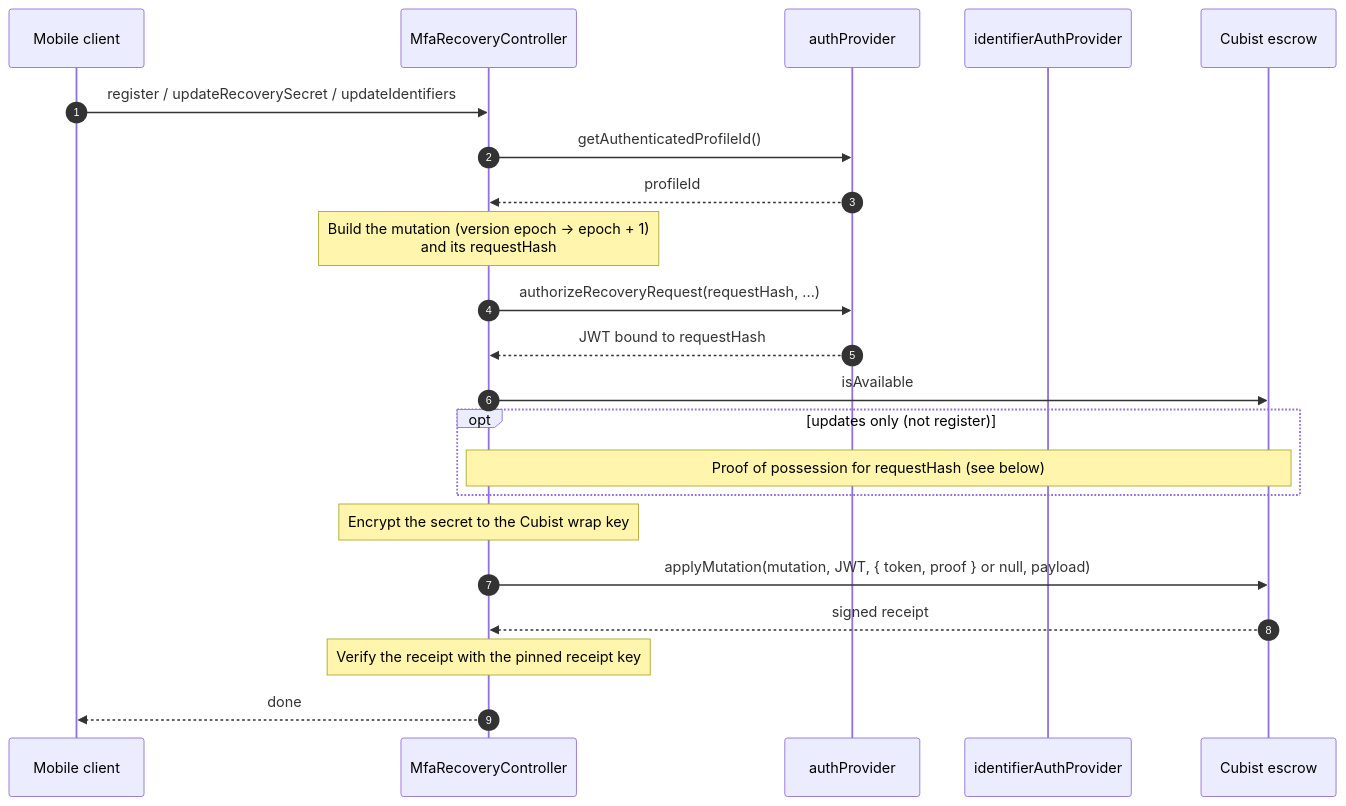
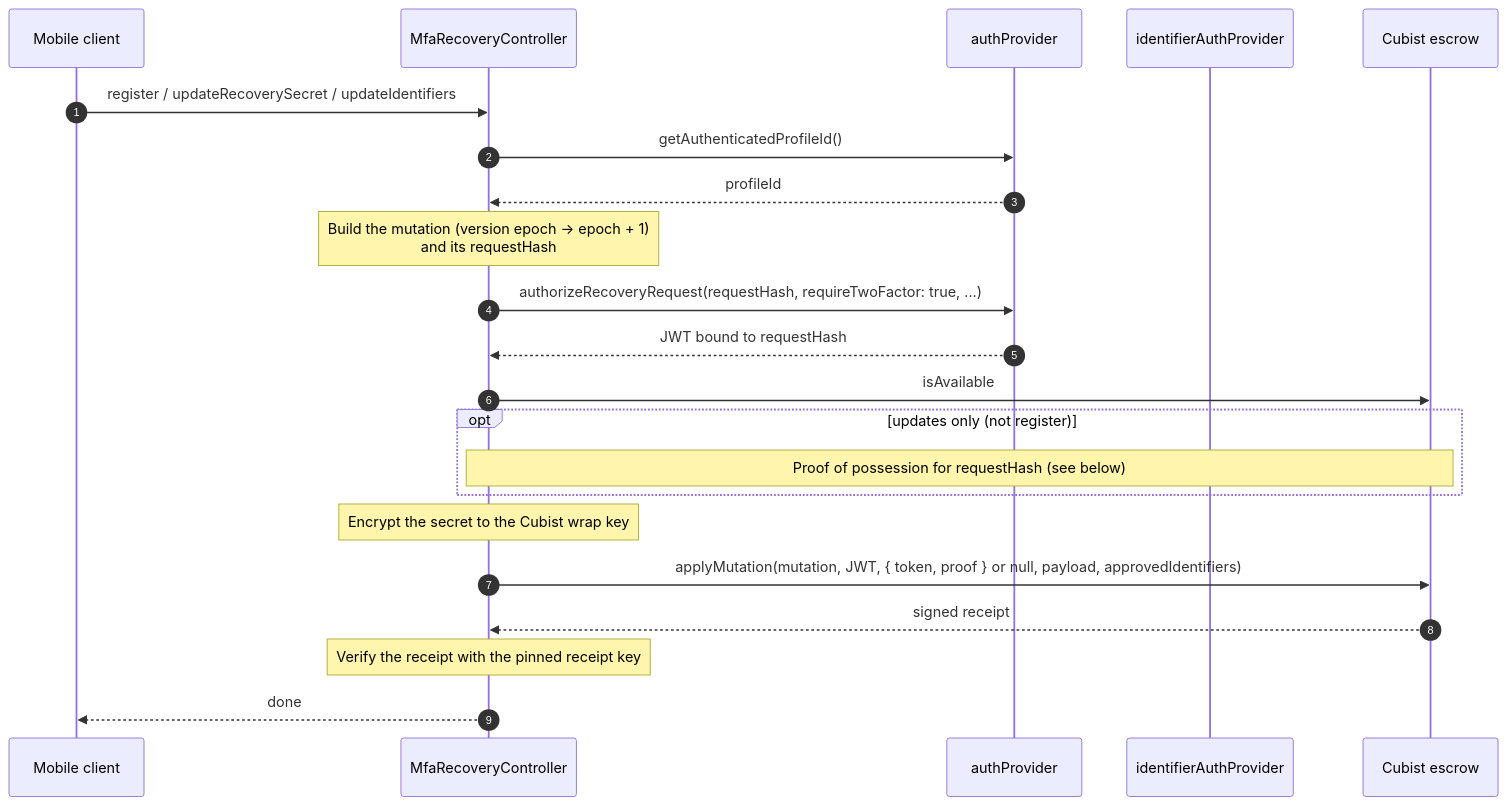
Before and after one commit to MetaMask/core: the second of 3 diagrams in packages/mfa-recovery-controller/CUBIST_TEST_SEQUENCE.md, drawn with Mermaid. The commit also changed other lines of this file and 24 other files, not shown here.

First line of the commit message:
feat: align MFA recovery with Auth API approvals (#10883)

````diff
--- a/packages/mfa-recovery-controller/CUBIST_TEST_SEQUENCE.md
+++ b/packages/mfa-recovery-controller/CUBIST_TEST_SEQUENCE.md
@@ -88,27 +57,27 @@
 ```mermaid
 sequenceDiagram
   autonumber
   participant Mobile as Mobile client
   participant C as MfaRecoveryController
   participant Auth as authProvider
   participant Id as identifierAuthProvider
   participant Cubist as Cubist escrow
 
   Mobile->>C: register / updateRecoverySecret / updateIdentifiers
   C->>Auth: getAuthenticatedProfileId()
   Auth-->>C: profileId
   Note over C: Build the mutation (version epoch → epoch + 1)<br/>and its requestHash
-  C->>Auth: authorizeRecoveryRequest(requestHash, ...)
+  C->>Auth: authorizeRecoveryRequest(requestHash, requireTwoFactor: true, ...)
   Auth-->>C: JWT bound to requestHash
   C->>Cubist: isAvailable
 
   opt updates only (not register)
     Note over C,Cubist: Proof of possession for requestHash (see below)
   end
 
   Note over C: Encrypt the secret to the Cubist wrap key
-  C->>Cubist: applyMutation(mutation, JWT, { token, proof } or null, payload)
+  C->>Cubist: applyMutation(mutation, JWT, { token, proof } or null, payload, approvedIdentifiers)
   Cubist-->>C: signed receipt
   Note over C: Verify the receipt with the pinned receipt key
   C-->>Mobile: done
 ```
````
